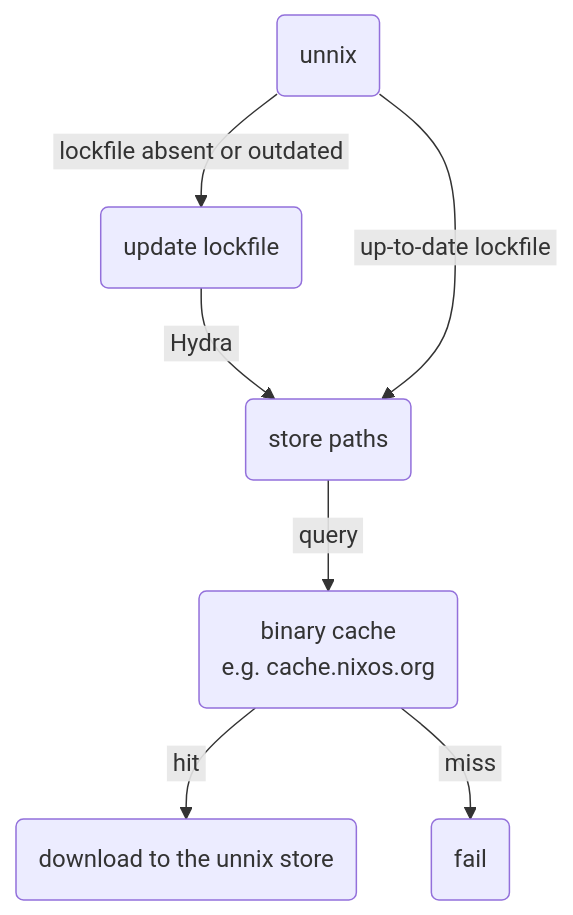
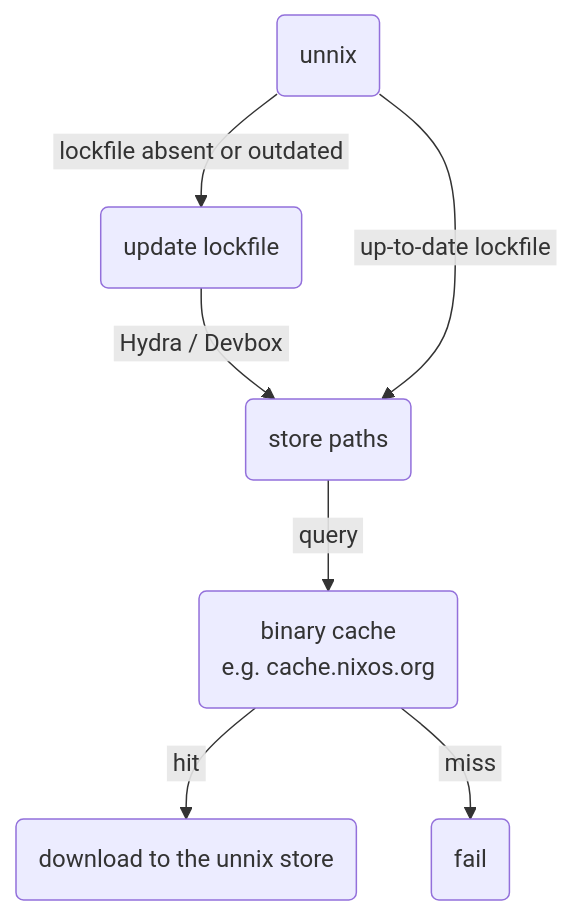
One commit to figsoda/unnix changed the second of 2 diagrams in README.md. Above: the diagram before and after it, drawn with Mermaid. The commit also changed other lines of this file and 3 other files, not shown here.

````diff
--- a/README.md
+++ b/README.md
@@ -66,24 +66,24 @@
 ```mermaid
 flowchart TB
-unnix --> |&nbsp;lockfile absent or outdated&nbsp;| update --> |&nbsp;Hydra&nbsp;| paths
+unnix --> |&nbsp;lockfile absent or outdated&nbsp;| update --> |&nbsp;Hydra / Devbox&nbsp;| paths
 unnix --> |&nbsp;up-to-date lockfile&nbsp;| paths
 paths --> |&nbsp;query&nbsp;| cache
 
 cache --> |&nbsp;hit&nbsp;| download(download to the unnix store)
 cache --> |&nbsp;miss&nbsp;| miss
 
 cache(
   binary cache
   e.g. cache.nixos.org
 )
 
 miss(
   fail
 )
 
 paths(store paths)
 
 unnix(unnix)
 
 update(update lockfile)
 ```
````
